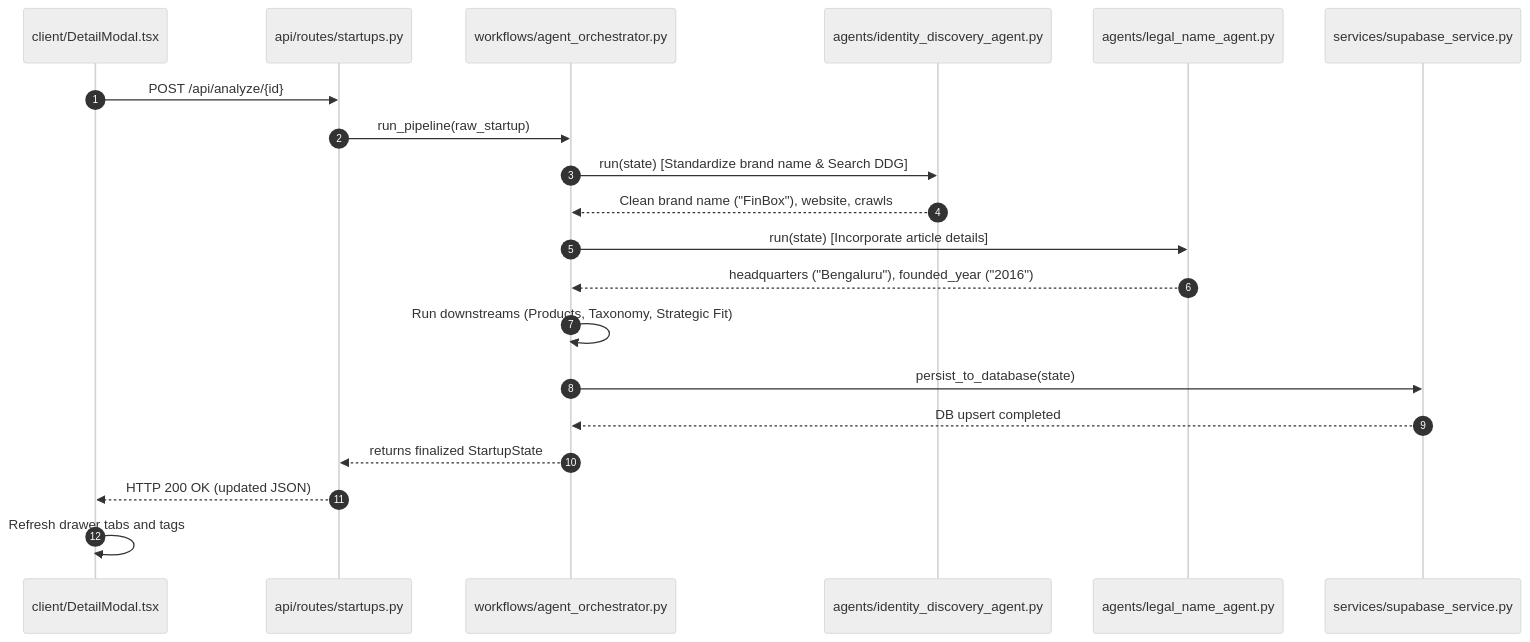
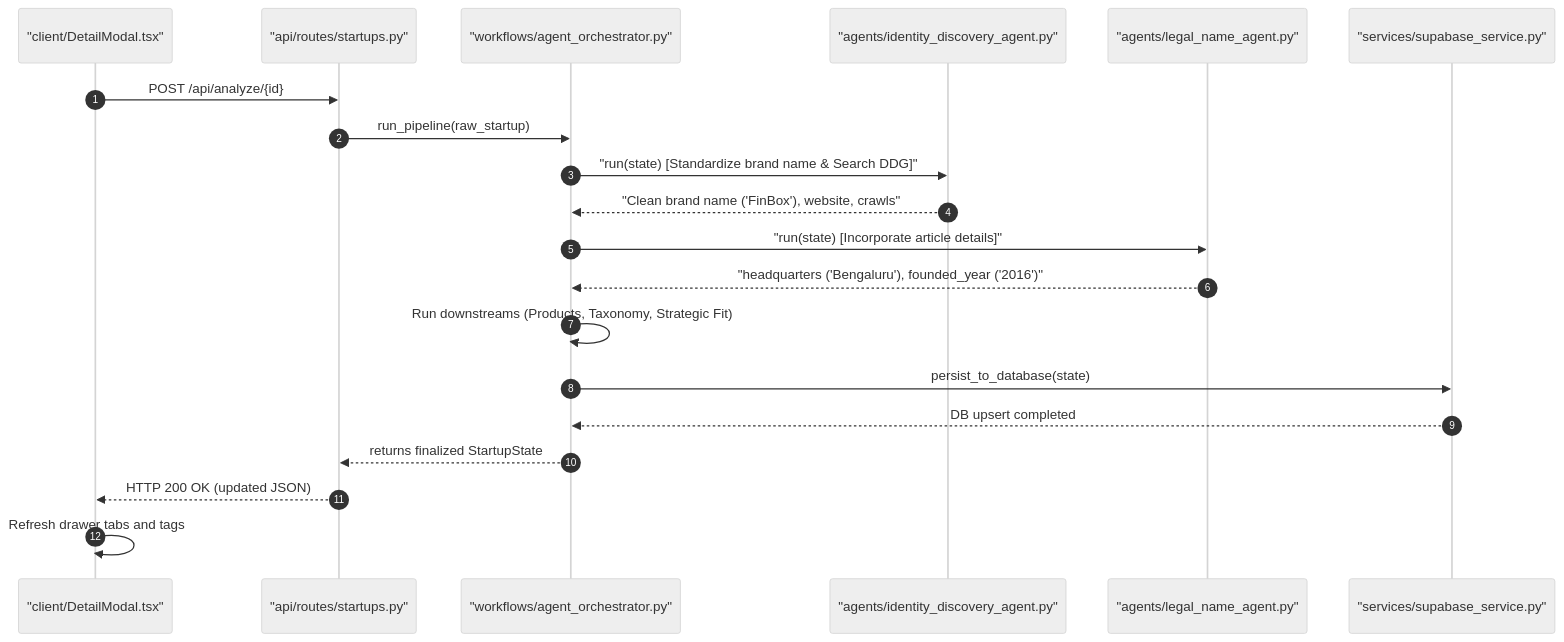
Before and after one commit to anuragbhayalprojects/startup-intelligence: the second of 2 diagrams in docs/architecture/Startup_Intelligence_Architecture_Documentation.md, drawn with Mermaid (neutral theme). The commit also changed other lines of this file, not shown here.

Commit message:
docs(architecture): fix syntax error constraints in multi-agent and sequence flowcharts to restore rendering

````diff
--- a/docs/architecture/Startup_Intelligence_Architecture_Documentation.md
+++ b/docs/architecture/Startup_Intelligence_Architecture_Documentation.md
@@ -489,23 +489,23 @@
 ```mermaid
 sequenceDiagram
     autonumber
-    participant UI as client/DetailModal.tsx
-    participant API as api/routes/startups.py
-    participant Orch as workflows/agent_orchestrator.py
-    participant Discovery as agents/identity_discovery_agent.py
-    participant Legal as agents/legal_name_agent.py
-    participant DB as services/supabase_service.py
+    participant UI as "client/DetailModal.tsx"
+    participant API as "api/routes/startups.py"
+    participant Orch as "workflows/agent_orchestrator.py"
+    participant Discovery as "agents/identity_discovery_agent.py"
+    participant Legal as "agents/legal_name_agent.py"
+    participant DB as "services/supabase_service.py"
 
     UI->>API: POST /api/analyze/{id}
     API->>Orch: run_pipeline(raw_startup)
-    Orch->>Discovery: run(state) [Standardize brand name & Search DDG]
-    Discovery-->>Orch: Clean brand name ("FinBox"), website, crawls
-    Orch->>Legal: run(state) [Incorporate article details]
-    Legal-->>Orch: headquarters ("Bengaluru"), founded_year ("2016")
+    Orch->>Discovery: "run(state) [Standardize brand name & Search DDG]"
+    Discovery-->>Orch: "Clean brand name ('FinBox'), website, crawls"
+    Orch->>Legal: "run(state) [Incorporate article details]"
+    Legal-->>Orch: "headquarters ('Bengaluru'), founded_year ('2016')"
     Orch->>Orch: Run downstreams (Products, Taxonomy, Strategic Fit)
     Orch->>DB: persist_to_database(state)
     DB-->>Orch: DB upsert completed
     Orch-->>API: returns finalized StartupState
     API-->>UI: HTTP 200 OK (updated JSON)
     UI->>UI: Refresh drawer tabs and tags
 ```
````
